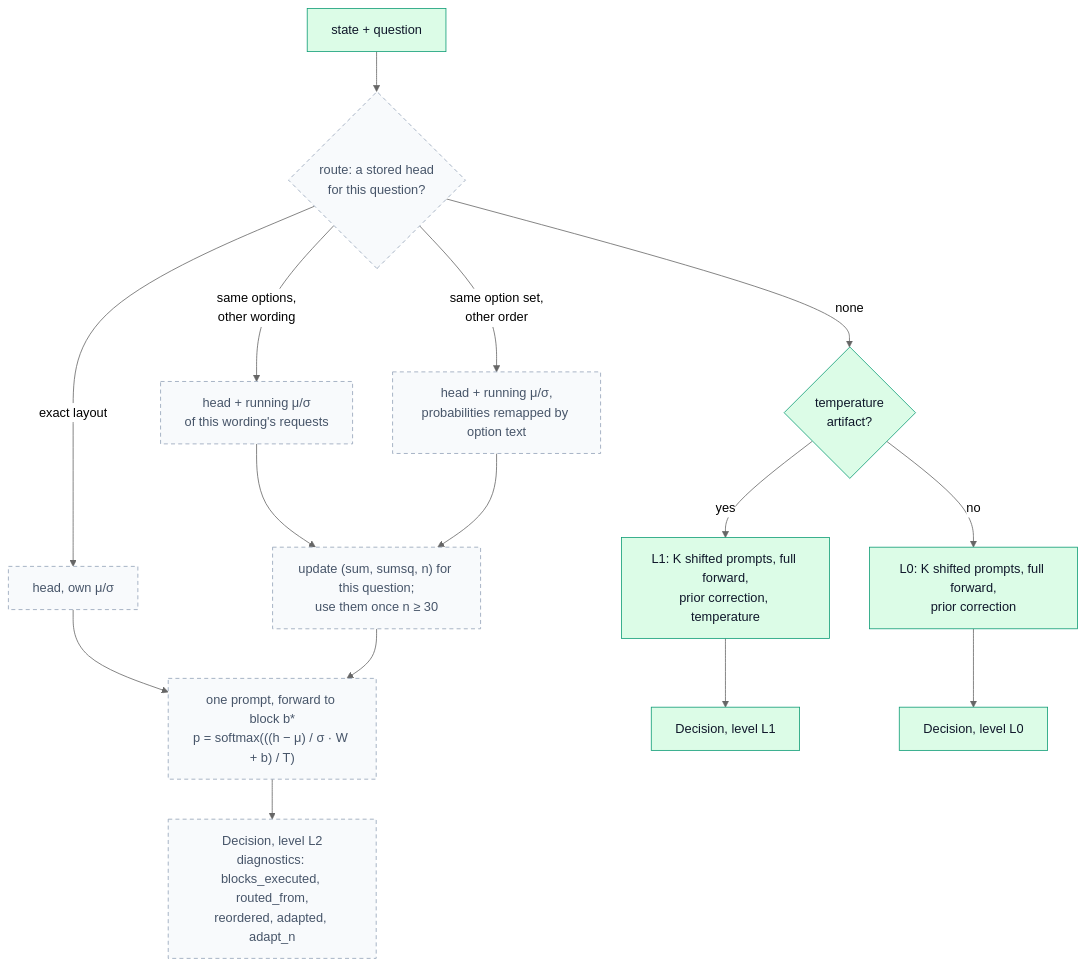
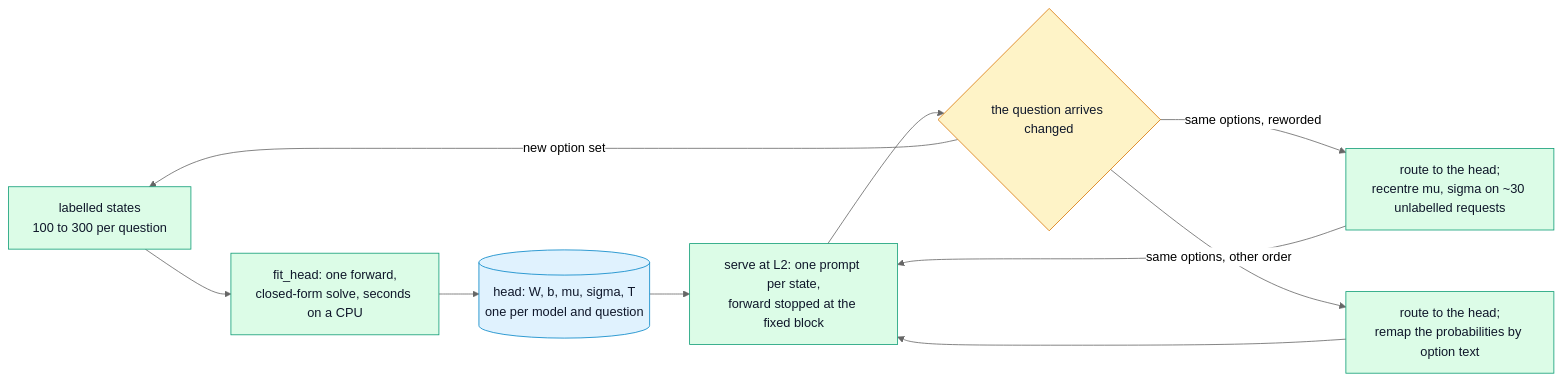
One commit to MorrisZJ/AnyJev changed the first of 2 diagrams in README.md. Above: the diagram before and after it, drawn with Mermaid (neutral theme). The commit also changed other lines of this file and 23 other files, not shown here.

````diff
--- a/README.md
+++ b/README.md
@@ -170,23 +113,19 @@
 ```mermaid
-flowchart TD
-    A["state + question"] --> R{"route: a stored head<br/>for this question?"}
-    R -- "exact layout" --> H1["head, own μ/σ"]
-    R -- "same options,<br/>other wording" --> H2["head + running μ/σ<br/>of this wording's requests"]
-    R -- "same option set,<br/>other order" --> H3["head + running μ/σ,<br/>probabilities remapped by option text"]
-    H2 --> U["update (sum, sumsq, n) for this question;<br/>use them once n ≥ 30"]
-    H3 --> U
-    H1 --> F["one prompt, forward to block b*<br/>p = softmax(((h − μ) / σ · W + b) / T)"]
-    U --> F
-    F --> D2["Decision, level L2<br/>diagnostics: blocks_executed, routed_from,<br/>reordered, adapted, adapt_n"]
-    R -- "none" --> T{"temperature<br/>artifact?"}
-    T -- "yes" --> L1["L1: K shifted prompts, full forward,<br/>prior correction, temperature"]
-    T -- "no" --> L0["L0: K shifted prompts, full forward,<br/>prior correction"]
-    L1 --> D1["Decision, level L1"]
-    L0 --> D0["Decision, level L0"]
+flowchart LR
+    L["labelled states<br/>100 to 300 per question"] --> F["fit_head: one forward,<br/>closed-form solve, seconds on a CPU"]
+    F --> H[("head: W, b, mu, sigma, T<br/>one per model and question")]
+    H --> S["serve at L2: one prompt per state,<br/>forward stopped at the fixed block"]
+    S --> T{"the question arrives changed"}
+    T -->|"same options, reworded"| R["route to the head;<br/>recentre mu, sigma on ~30 unlabelled requests"]
+    T -->|"same options, other order"| O["route to the head;<br/>remap the probabilities by option text"]
+    T -->|"new option set"| L
+    R --> S
+    O --> S
 
     classDef shipped fill:#dcfce7,stroke:#0f9d76,color:#0f172a
-    classDef preview fill:#fef3c7,stroke:#d97706,color:#0f172a
-    classDef planned fill:#f8fafc,stroke:#94a3b8,stroke-dasharray:5 4,color:#475569
-    class A,T,L1,L0,D1,D0 shipped
-    class R,H1,H2,H3,U,F,D2 planned
+    classDef data fill:#e0f2fe,stroke:#0284c7,color:#0f172a
+    classDef decision fill:#fef3c7,stroke:#d97706,color:#0f172a
+    class L,F,S,R,O shipped
+    class H data
+    class T decision
 ```
````
